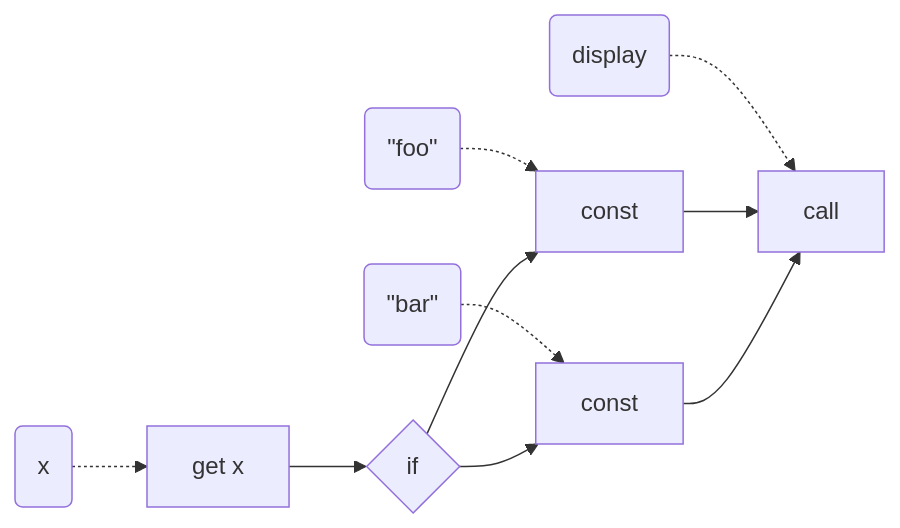
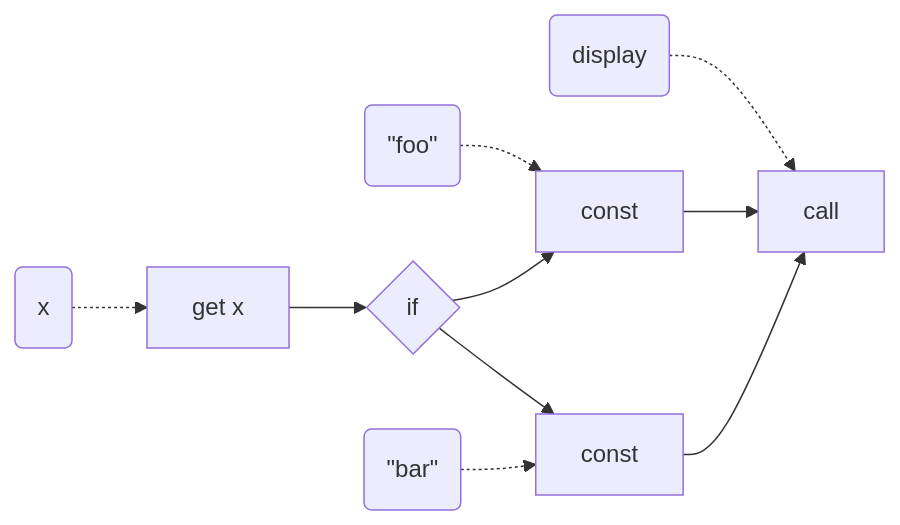
The diagram in slides/papers/stak-scheme/if-instruction.mmd (raviqqe/doc), drawn with Mermaid before and after one commit. The commit also changed other lines of this file, not shown here.

```diff
--- a/slides/papers/stak-scheme/if-instruction.mmd
+++ b/slides/papers/stak-scheme/if-instruction.mmd
@@ -1,9 +1,9 @@
 flowchart LR
   d0(x) -.-> c0
   d1(#quot;foo#quot;) -.-> c2
-  d2(#quot;bar#quot;) -.-> c3
   d3(display) -.-> c4
   c0[get x] --> c1{if}
   c1 --> c2[const] --> c4
   c1 --> c3[const] --> c4
   c4[call]
+  d2(#quot;bar#quot;) -.-> c3
```
